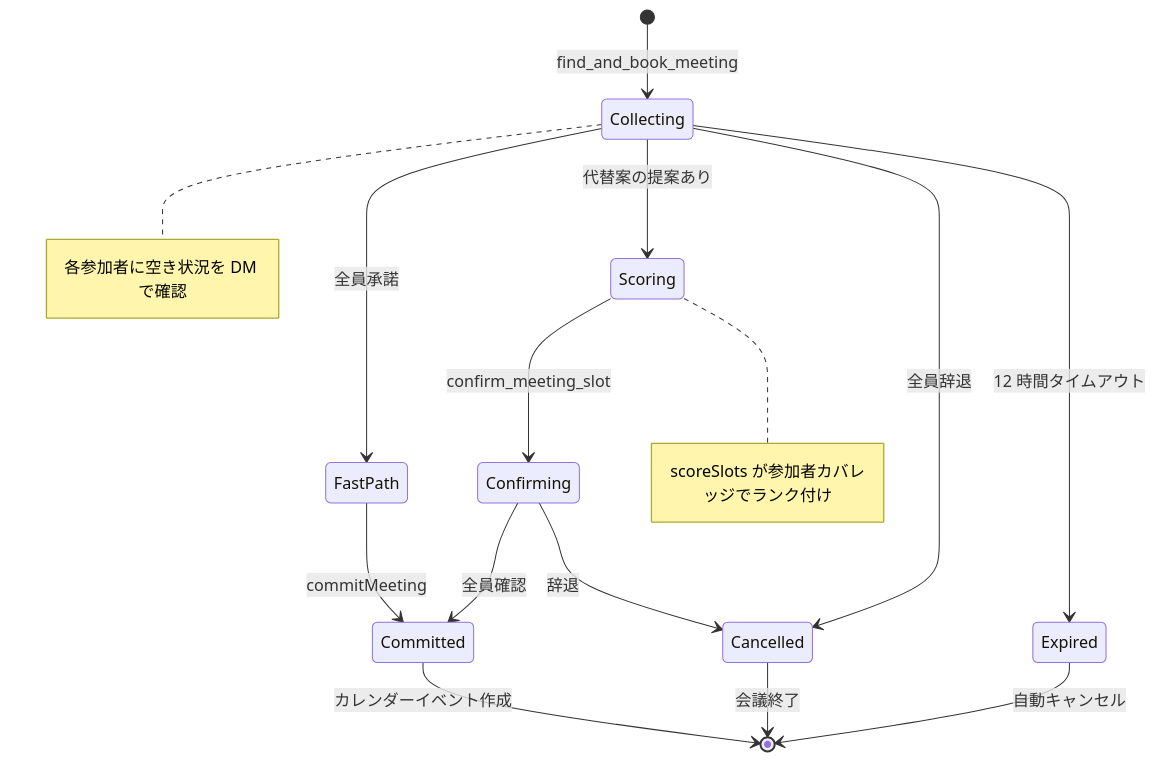
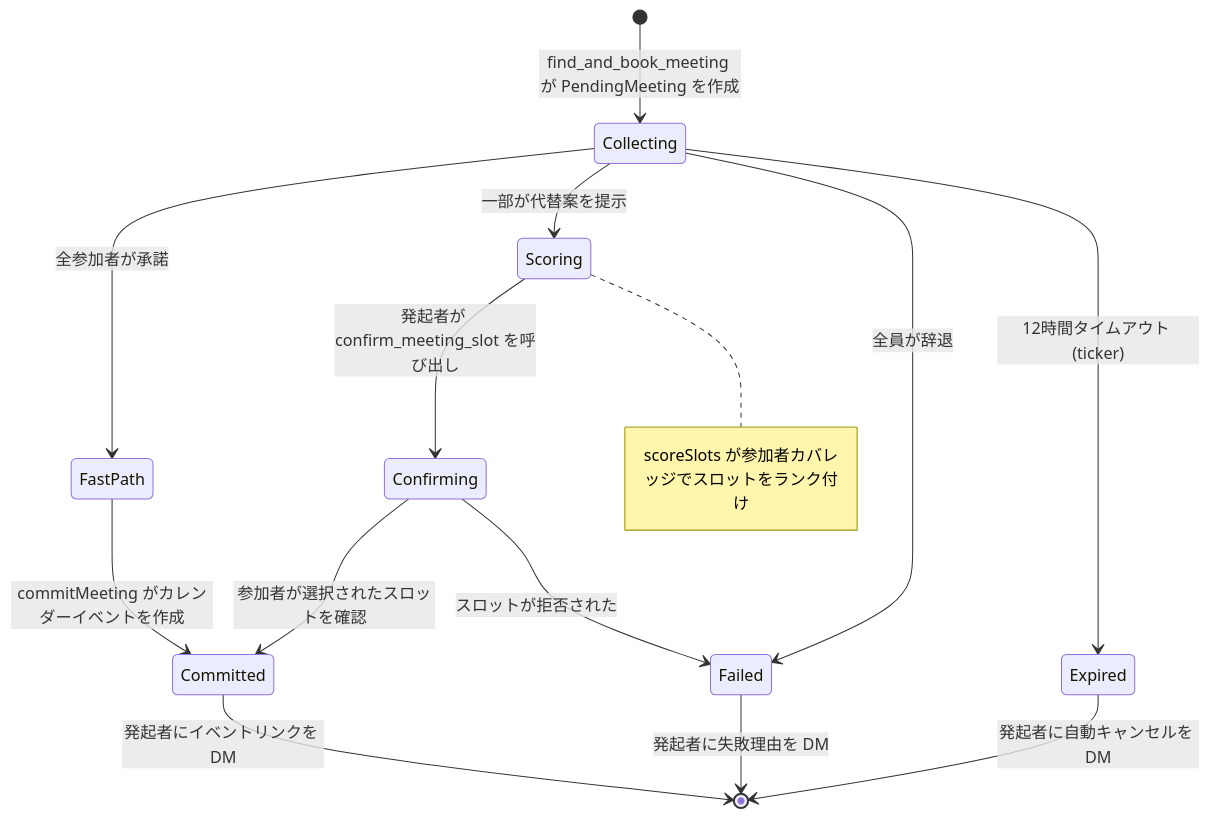
One commit to javana3/claw_meeting_all changed the fifth of 13 diagrams in README.ja.md. Above: the diagram before and after it, drawn with Mermaid. The commit also changed other lines of this file and 4 other files, not shown here.

First line of the commit message:
docs: rewrite all 5 READMEs with detailed Plugin/Skill flow + diff

````diff
--- a/README.ja.md
+++ b/README.ja.md
@@ -106,22 +139,21 @@
 ```mermaid
 stateDiagram-v2
-    [*] --> Collecting: find_and_book_meeting
-    note right of Collecting: 各参加者に空き状況を DM で確認
+    [*] --> Collecting: find_and_book_meeting が PendingMeeting を作成
 
-    Collecting --> FastPath: 全員承諾
-    Collecting --> Scoring: 代替案の提案あり
-    Collecting --> Cancelled: 全員辞退
-    Collecting --> Expired: 12 時間タイムアウト
+    Collecting --> FastPath: 全参加者が承諾
+    Collecting --> Scoring: 一部が代替案を提示
+    Collecting --> Failed: 全員が辞退
+    Collecting --> Expired: 12時間タイムアウト (ticker)
 
-    FastPath --> Committed: commitMeeting
+    FastPath --> Committed: commitMeeting がカレンダーイベントを作成
 
-    Scoring --> Confirming: confirm_meeting_slot
-    note right of Scoring: scoreSlots が参加者カバレッジでランク付け
+    Scoring --> Confirming: 発起者が confirm_meeting_slot を呼び出し
+    note right of Scoring: scoreSlots が参加者カバレッジでスロットをランク付け
 
-    Confirming --> Committed: 全員確認
-    Confirming --> Cancelled: 辞退
+    Confirming --> Committed: 参加者が選択されたスロットを確認
+    Confirming --> Failed: スロットが拒否された
 
-    Committed --> [*]: カレンダーイベント作成
-    Cancelled --> [*]: 会議終了
-    Expired --> [*]: 自動キャンセル
+    Committed --> [*]: 発起者にイベントリンクを DM
+    Failed --> [*]: 発起者に失敗理由を DM
+    Expired --> [*]: 発起者に自動キャンセルを DM
 ```
````
